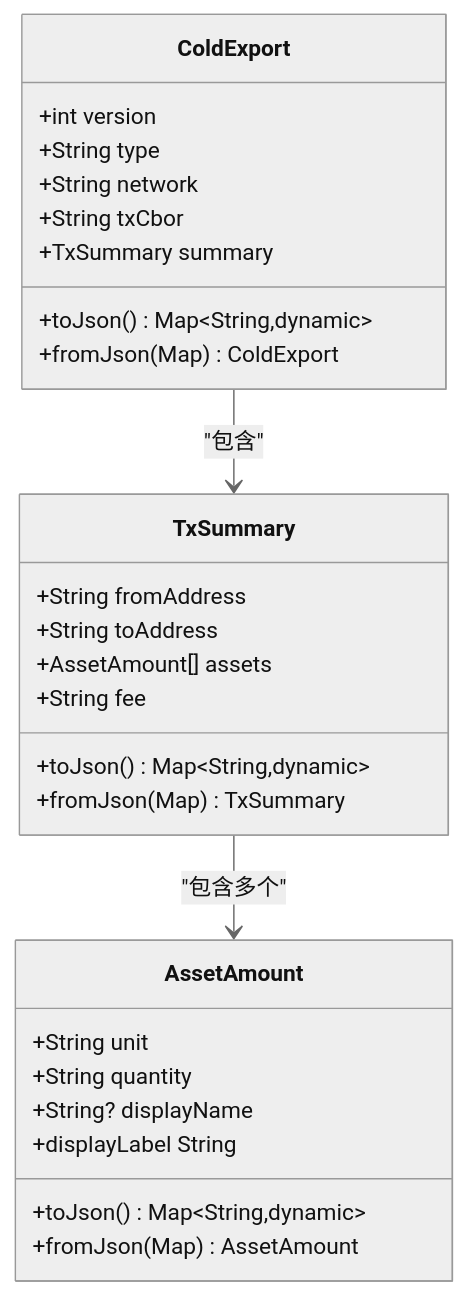
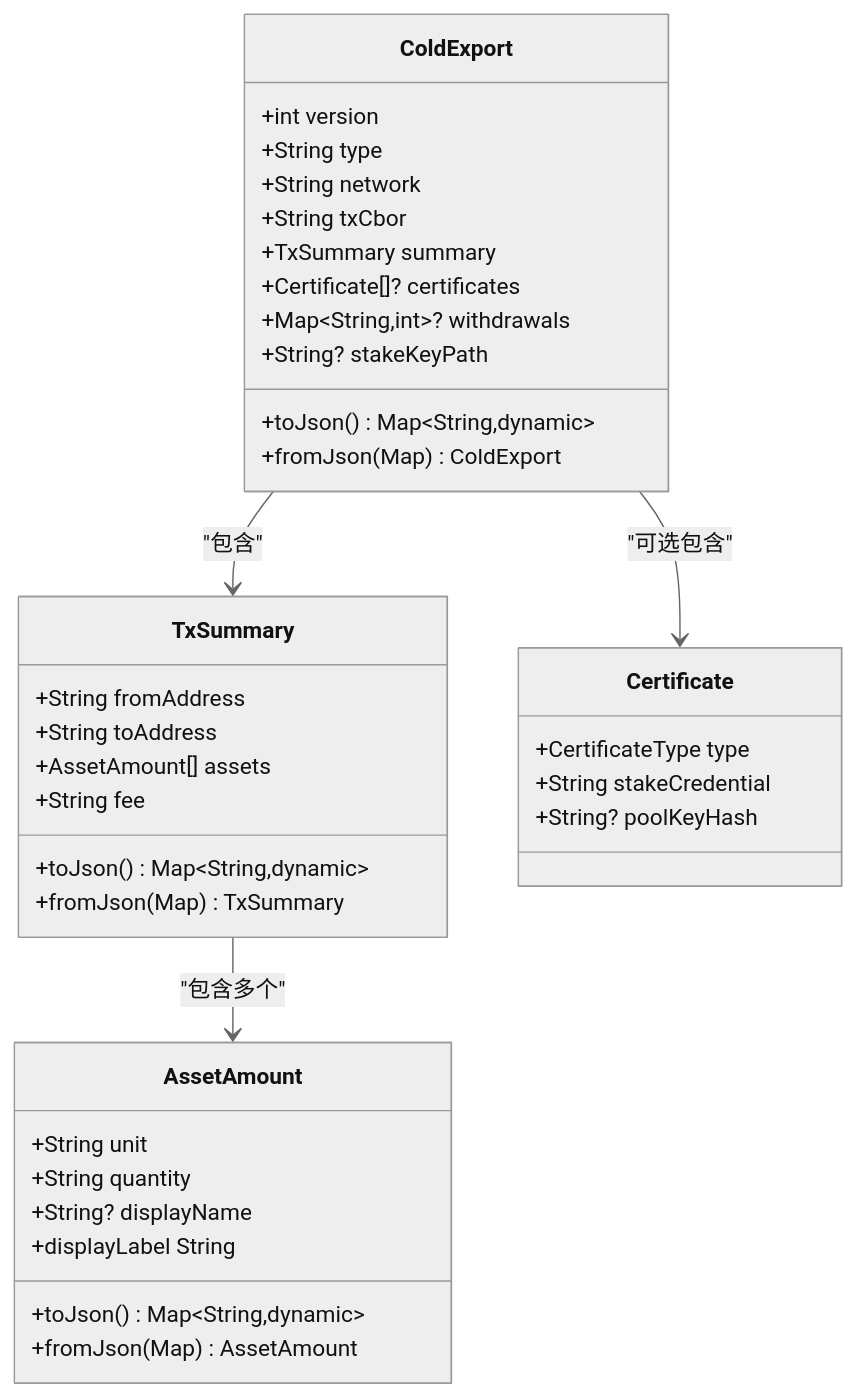
Before and after one commit to EqualToEthan/stasis: the fifth of 8 diagrams in .qoder/repowiki/zh/content/数据模型.md, drawn with Mermaid (neutral theme). The commit also changed other lines of this file and 40 other files, not shown here.

````diff
--- a/.qoder/repowiki/zh/content/数据模型.md
+++ b/.qoder/repowiki/zh/content/数据模型.md
@@ -172,30 +236,39 @@
 ```mermaid
 classDiagram
 class ColdExport {
 +int version
 +String type
 +String network
 +String txCbor
 +TxSummary summary
++Certificate[]? certificates
++Map~String,int~? withdrawals
++String? stakeKeyPath
 +toJson() Map~String,dynamic~
 +fromJson(Map) ColdExport
 }
 class TxSummary {
 +String fromAddress
 +String toAddress
 +AssetAmount[] assets
 +String fee
 +toJson() Map~String,dynamic~
 +fromJson(Map) TxSummary
 }
 class AssetAmount {
 +String unit
 +String quantity
 +String? displayName
 +displayLabel String
 +toJson() Map~String,dynamic~
 +fromJson(Map) AssetAmount
 }
+class Certificate {
++CertificateType type
++String stakeCredential
++String? poolKeyHash
+}
 ColdExport --> TxSummary : "包含"
+ColdExport --> Certificate : "可选包含"
 TxSummary --> AssetAmount : "包含多个"
 ```
````
